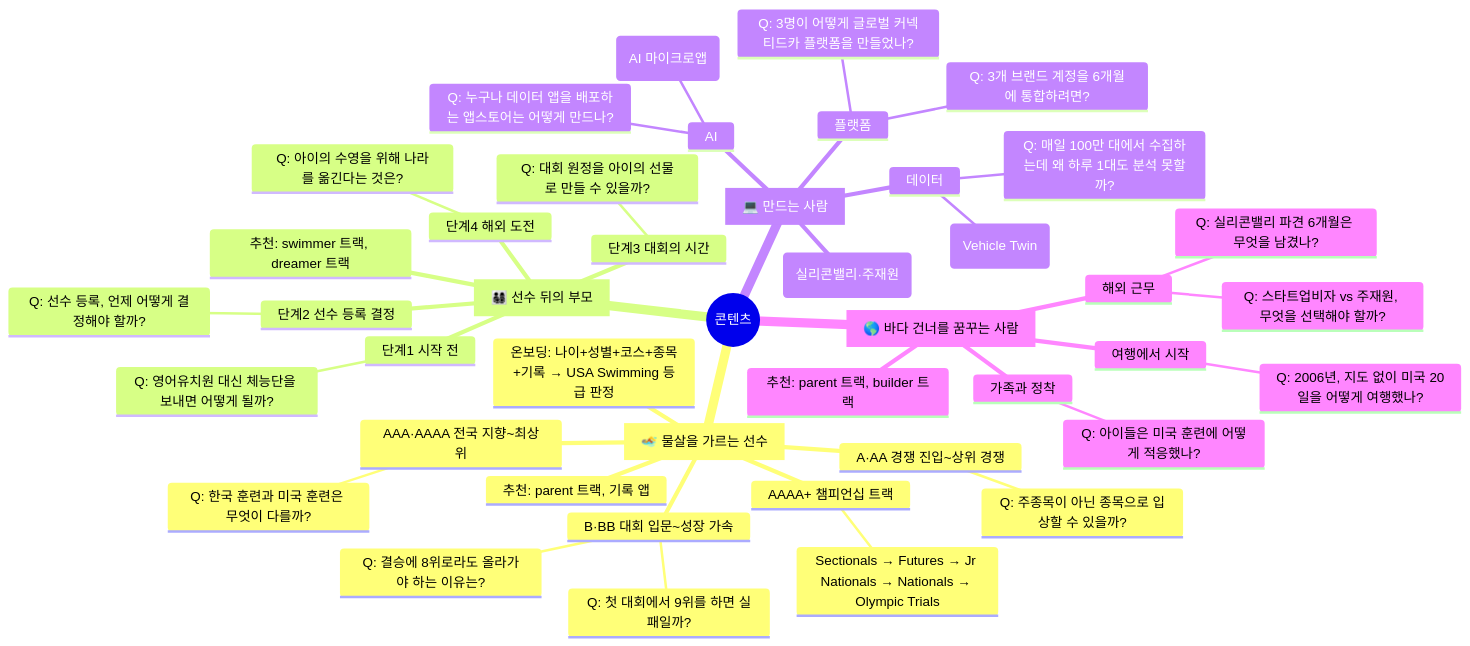
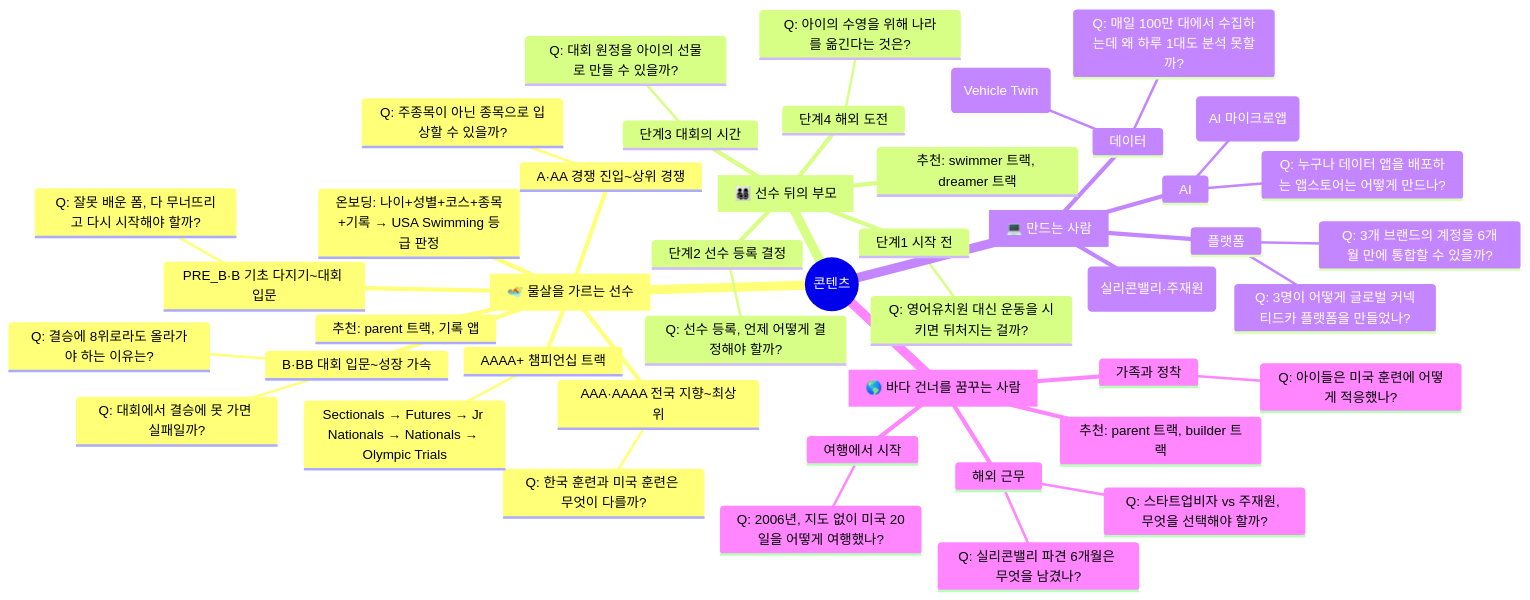
The diagram in brand/mindmap-content.md (kyj5482/test), drawn with Mermaid before and after one commit. The commit also changed 8 other files, not shown here.

````diff
--- a/brand/mindmap-content.md
+++ b/brand/mindmap-content.md
@@ -15,46 +15,48 @@
 ```mermaid
 mindmap
   root((콘텐츠))
     swimmer["🏊 물살을 가르는 선수"]
       온보딩: 나이+성별+코스+종목+기록 → USA Swimming 등급 판정
+      PRE_B·B 기초 다지기~대회 입문
+        Q: 잘못 배운 폼, 다 무너뜨리고 다시 시작해야 할까?
       B·BB 대회 입문~성장 가속
-        Q: 첫 대회에서 9위를 하면 실패일까?
+        Q: 대회에서 결승에 못 가면 실패일까?
         Q: 결승에 8위로라도 올라가야 하는 이유는?
       A·AA 경쟁 진입~상위 경쟁
         Q: 주종목이 아닌 종목으로 입상할 수 있을까?
       AAA·AAAA 전국 지향~최상위
         Q: 한국 훈련과 미국 훈련은 무엇이 다를까?
       AAAA+ 챔피언십 트랙
         Sectionals → Futures → Jr Nationals → Nationals → Olympic Trials
       추천: parent 트랙, 기록 앱
     parent["👨‍👩‍👧‍👦 선수 뒤의 부모"]
       단계1 시작 전
-        Q: 영어유치원 대신 체능단을 보내면 어떻게 될까?
+        Q: 영어유치원 대신 운동을 시키면 뒤처지는 걸까?
       단계2 선수 등록 결정
         Q: 선수 등록, 언제 어떻게 결정해야 할까?
       단계3 대회의 시간
         Q: 대회 원정을 아이의 선물로 만들 수 있을까?
       단계4 해외 도전
         Q: 아이의 수영을 위해 나라를 옮긴다는 것은?
       추천: swimmer 트랙, dreamer 트랙
     builder["💻 만드는 사람"]
       플랫폼
         Q: 3명이 어떻게 글로벌 커넥티드카 플랫폼을 만들었나?
-        Q: 3개 브랜드 계정을 6개월에 통합하려면?
+        Q: 3개 브랜드의 계정을 6개월 만에 통합할 수 있을까?
       데이터
         Q: 매일 100만 대에서 수집하는데 왜 하루 1대도 분석 못할까?
         Q: 디지털 트윈은 어디까지가 현실일까? (Vehicle Twin)
       AI
         Q: 1일 1앱은 어떻게 가능한가? (AI 마이크로앱)
         Q: 누구나 데이터 앱을 배포하는 앱스토어는 어떻게 만드나?
       추천: dreamer 트랙 (실리콘밸리·주재원)
     dreamer["🌎 바다 건너를 꿈꾸는 사람"]
       여행에서 시작
         Q: 2006년, 지도 없이 미국 20일을 어떻게 여행했나?
       해외 근무
         Q: 실리콘밸리 파견 6개월은 무엇을 남겼나?
         Q: 스타트업비자 vs 주재원, 무엇을 선택해야 할까?
       가족과 정착
         Q: 아이들은 미국 훈련에 어떻게 적응했나?
       추천: parent 트랙, builder 트랙
 ```
````
